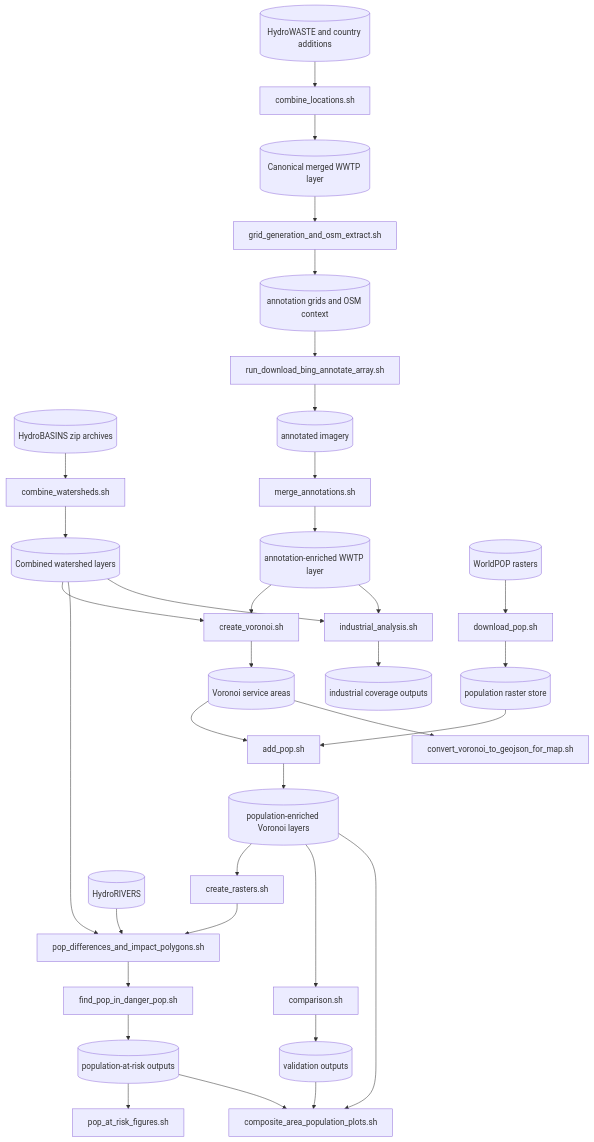
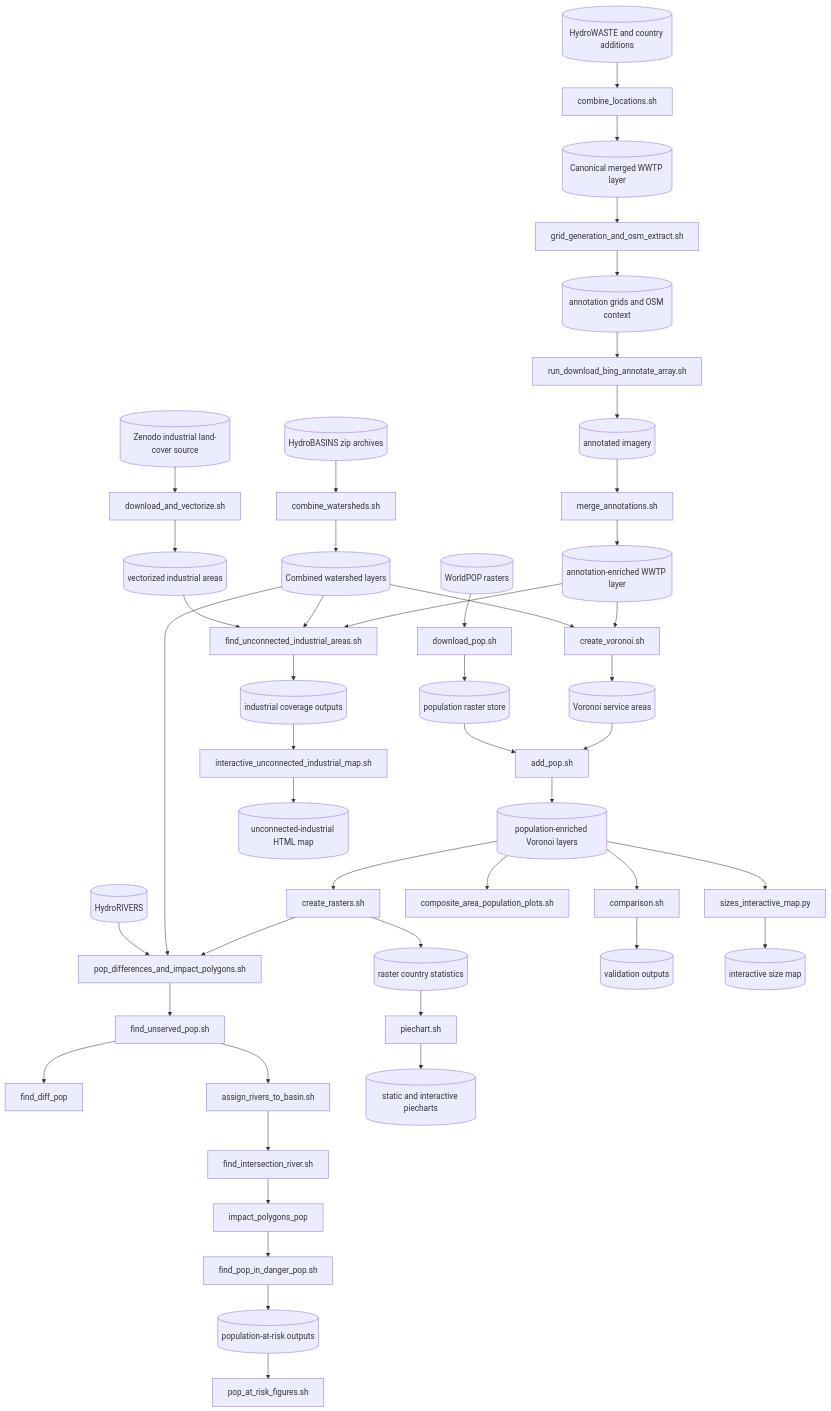
One commit to erennere/plant_capacity changed the diagram in README.md. Above: the diagram before and after it, drawn with Mermaid. The commit also changed other lines of this file and 38 other files, not shown here.

````diff
--- a/README.md
+++ b/README.md
@@ -167,44 +171,56 @@
 ```mermaid
 graph TD
 	A[(HydroWASTE and country additions)] --> B[combine_locations.sh]
 	B --> C[(Canonical merged WWTP layer)]
 
 	D[(HydroBASINS zip archives)] --> E[combine_watersheds.sh]
 	E --> F[(Combined watershed layers)]
 
 	C --> G[grid_generation_and_osm_extract.sh]
 	G --> H[(annotation grids and OSM context)]
 	H --> I[run_download_bing_annotate_array.sh]
 	I --> J[(annotated imagery)]
 	J --> K[merge_annotations.sh]
 	K --> L[(annotation-enriched WWTP layer)]
 
 	M[(WorldPOP rasters)] --> N[download_pop.sh]
 	L --> O[create_voronoi.sh]
 	F --> O
 	O --> P[(Voronoi service areas)]
 	N --> Q[(population raster store)]
 	P --> R[add_pop.sh]
 	Q --> R
 	R --> S[(population-enriched Voronoi layers)]
 
 	S --> T[create_rasters.sh]
+	T --> T1[(raster country statistics)]
 	T --> U[pop_differences_and_impact_polygons.sh]
 	F --> U
 	V[(HydroRIVERS)] --> U
-	U --> W[find_pop_in_danger_pop.sh]
+	U --> U1[find_unserved_pop.sh]
+	U1 --> U2[find_diff_pop]
+	U1 --> U3[assign_rivers_to_basin.sh]
+	U3 --> U4[find_intersection_river.sh]
+	U4 --> U5[impact_polygons_pop]
+	U5 --> W[find_pop_in_danger_pop.sh]
 	W --> X[(population-at-risk outputs)]
 
 	S --> Y[comparison.sh]
 	Y --> Z[(validation outputs)]
 
-	L --> AA[industrial_analysis.sh]
-	F --> AA
-	AA --> AB[(industrial coverage outputs)]
+	AZ[(Zenodo industrial land-cover source)] --> AA[download_and_vectorize.sh]
+	AA --> AA1[(vectorized industrial areas)]
+	L --> AA2[find_unconnected_industrial_areas.sh]
+	F --> AA2
+	AA1 --> AA2
+	AA2 --> AB[(industrial coverage outputs)]
 
-	P --> AC[convert_voronoi_to_geojson_for_map.sh]
-	S --> AD[composite_area_population_plots.sh]
-	X --> AE[pop_at_risk_figures.sh]
-	Z --> AD
-	X --> AD
+	S --> AC[composite_area_population_plots.sh]
+	X --> AD[pop_at_risk_figures.sh]
+	T1 --> AG[piechart.sh]
+	AG --> AH[(static and interactive piecharts)]
+	S --> AI[sizes_interactive_map.py]
+	AI --> AJ[(interactive size map)]
+	AB --> AE[interactive_unconnected_industrial_map.sh]
+	AE --> AF[(unconnected-industrial HTML map)]
 ```
````
